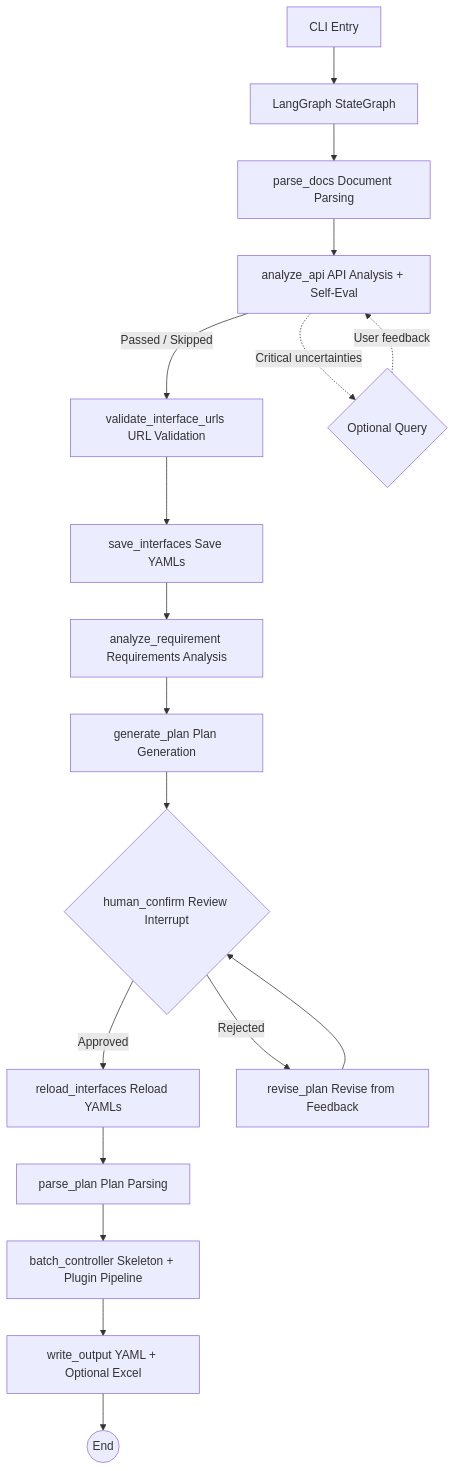
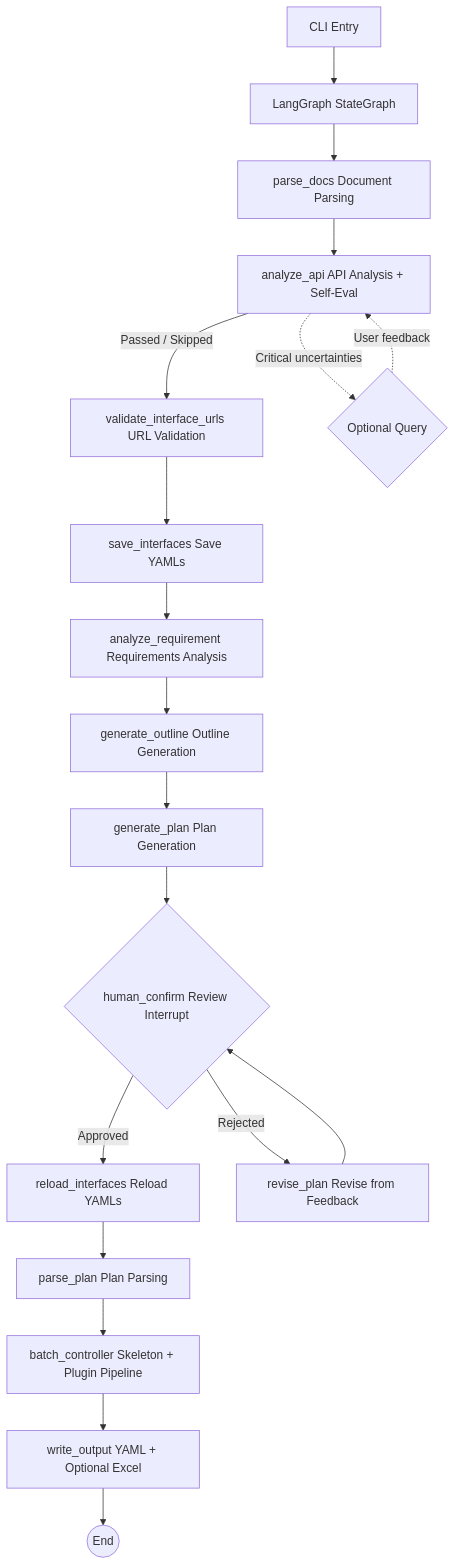
Before and after one commit to Remon-16/flow-forge: the diagram in agent/README.en.md, drawn with Mermaid. The commit also changed other lines of this file and 37 other files, not shown here.

````diff
--- a/agent/README.en.md
+++ b/agent/README.en.md
@@ -9,20 +9,20 @@
 ```mermaid
 graph TD
     CLI[CLI Entry] --> GRAPH[LangGraph StateGraph]
     GRAPH --> PARSE[parse_docs Document Parsing]
     PARSE --> ANALYZE_API[analyze_api API Analysis + Self-Eval]
     ANALYZE_API -->|Passed / Skipped| VALIDATE_URLS[validate_interface_urls URL Validation]
     ANALYZE_API -.->|Critical uncertainties| API_ASK{Optional Query}
     API_ASK -.->|User feedback| ANALYZE_API
     VALIDATE_URLS --> SAVE_IFACES[save_interfaces Save YAMLs]
     SAVE_IFACES --> ANALYZE_REQ[analyze_requirement Requirements Analysis]
-    ANALYZE_REQ --> GEN_PLAN[generate_plan Plan Generation]
+    ANALYZE_REQ --> GEN_OUTLINE[generate_outline Outline Generation] --> GEN_PLAN[generate_plan Plan Generation]
     GEN_PLAN --> CONFIRM{human_confirm Review Interrupt}
     CONFIRM -->|Approved| RELOAD_IFACES[reload_interfaces Reload YAMLs]
     CONFIRM -->|Rejected| REVISE[revise_plan Revise from Feedback]
     REVISE --> CONFIRM
     RELOAD_IFACES --> PARSE_PLAN[parse_plan Plan Parsing]
     PARSE_PLAN --> BATCH[batch_controller Skeleton + Plugin Pipeline]
     BATCH --> WRITE[write_output YAML + Optional Excel]
     WRITE --> END((End))
 ```
````
